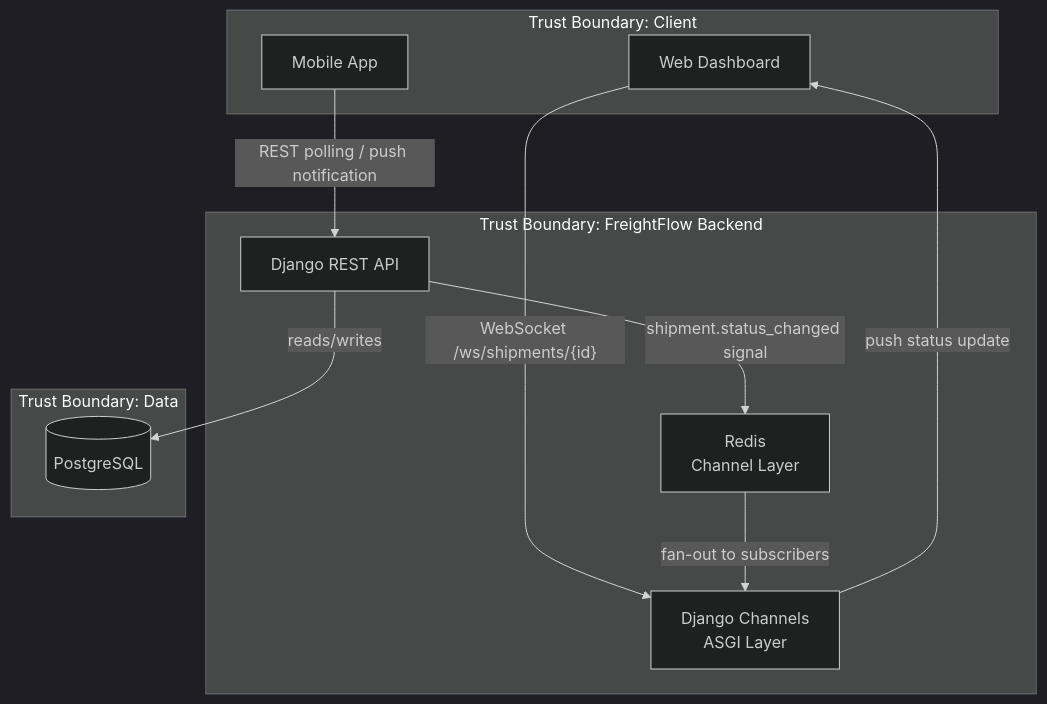
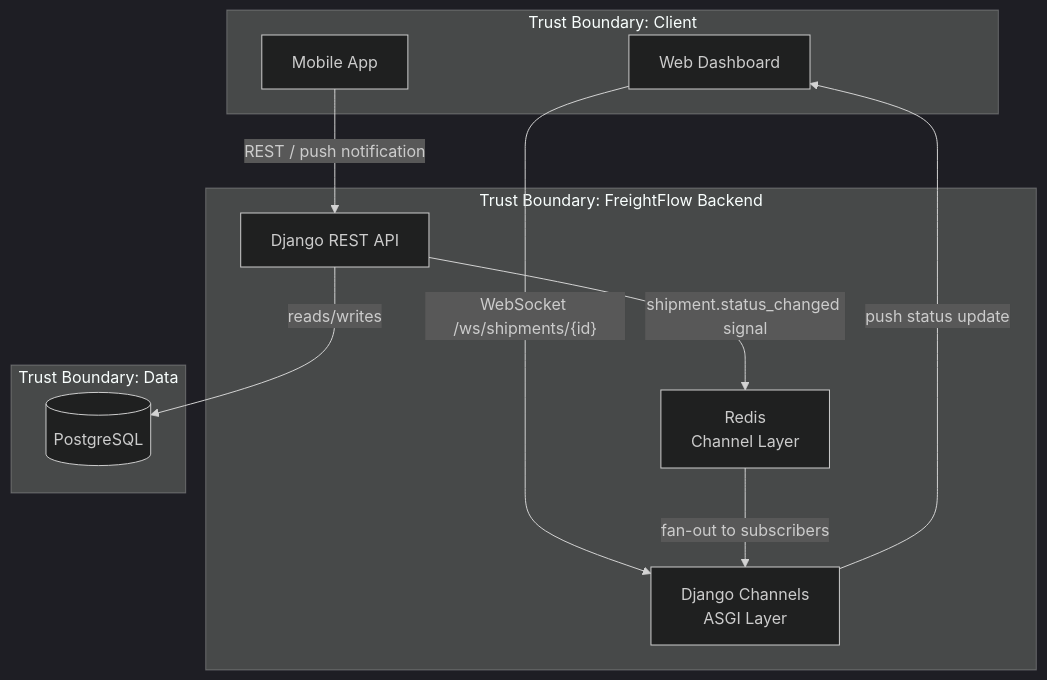
Before and after one commit to hpsgd/claude-marketplace: the diagram in examples/engineering/architect/agents/architect/system-design-request.md, drawn with Mermaid (dark theme). The commit also changed other lines of this file and 120 other files, not shown here.

````diff
--- a/examples/engineering/architect/agents/architect/system-design-request.md
+++ b/examples/engineering/architect/agents/architect/system-design-request.md
@@ -137,24 +123,24 @@
 ```mermaid
 graph TD
     subgraph "Trust Boundary: Client"
         WEB[Web Dashboard]
         MOBILE[Mobile App]
     end
 
     subgraph "Trust Boundary: FreightFlow Backend"
         DJANGO[Django REST API]
         CHANNELS[Django Channels\nASGI Layer]
         REDIS[Redis\nChannel Layer]
     end
 
     subgraph "Trust Boundary: Data"
         PG[(PostgreSQL)]
     end
 
     WEB -- "WebSocket /ws/shipments/{id}" --> CHANNELS
-    MOBILE -- "REST polling / push notification" --> DJANGO
+    MOBILE -- "REST / push notification" --> DJANGO
     DJANGO -- "shipment.status_changed signal" --> REDIS
     REDIS -- "fan-out to subscribers" --> CHANNELS
     CHANNELS -- "push status update" --> WEB
     DJANGO -- "reads/writes" --> PG
 ```
````
